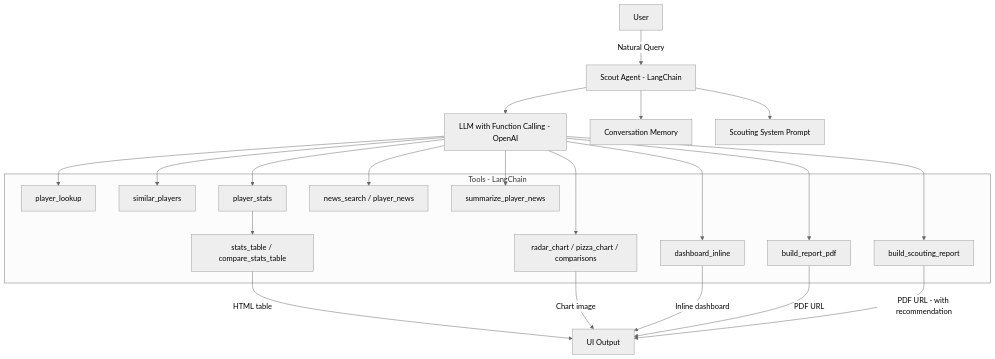
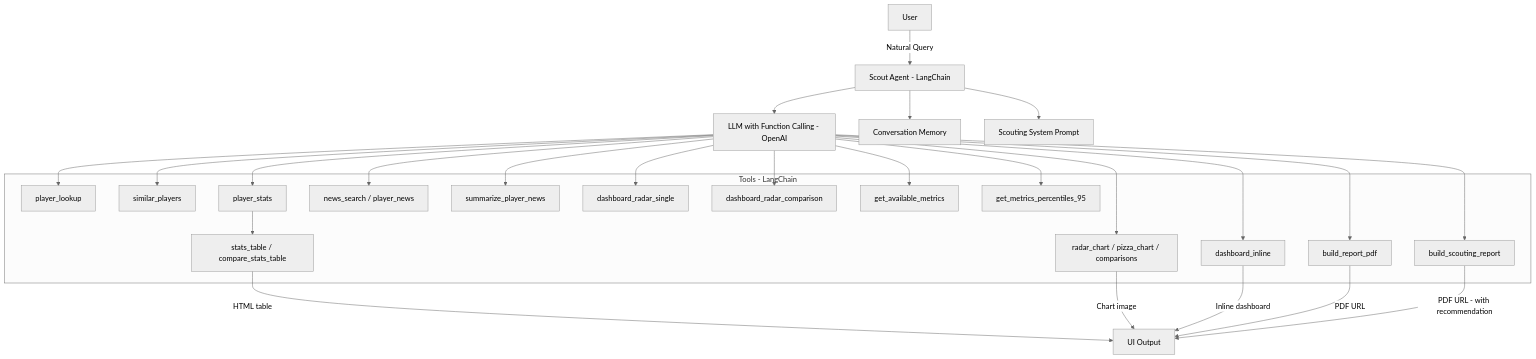
The second of 2 diagrams in README.md (KikeRev/smart_scout_app), drawn with Mermaid (neutral theme) before and after one commit. The commit also changed other lines of this file and 56 other files, not shown here.

````diff
--- a/README.md
+++ b/README.md
@@ -216,36 +242,44 @@
 ```mermaid
 flowchart TD
     A[User] -->|Natural Query| B[Scout Agent - LangChain]
     B --> C[LLM with Function Calling - OpenAI]
     B --> D[Conversation Memory]
     B --> E[Scouting System Prompt]
 
     subgraph Tools - LangChain
         F1[player_lookup]
         F2[similar_players]
         F3[player_stats]
         F4[stats_table / compare_stats_table]
         F5[radar_chart / pizza_chart / comparisons]
         F6[news_search / player_news]
         F6A[summarize_player_news]
         F7[dashboard_inline]
         F8[build_report_pdf]
         F9[build_scouting_report]
+        F10[dashboard_radar_single]
+        F11[dashboard_radar_comparison]
+        F12[get_available_metrics]
+        F13[get_metrics_percentiles_95]
     end
 
     C --> F1
     C --> F2
     C --> F3 --> F4
     C --> F5
     C --> F6
     C --> F6A
     C --> F7
     C --> F8
     C --> F9
+    C --> F10
+    C --> F11
+    C --> F12
+    C --> F13
 
     F4 -->|HTML table| G1[UI Output]
     F5 -->|Chart image| G1
     F7 -->|Inline dashboard| G1
     F8 -->|PDF URL| G1
     F9 -->|PDF URL - with recommendation| G1
 ```
````
